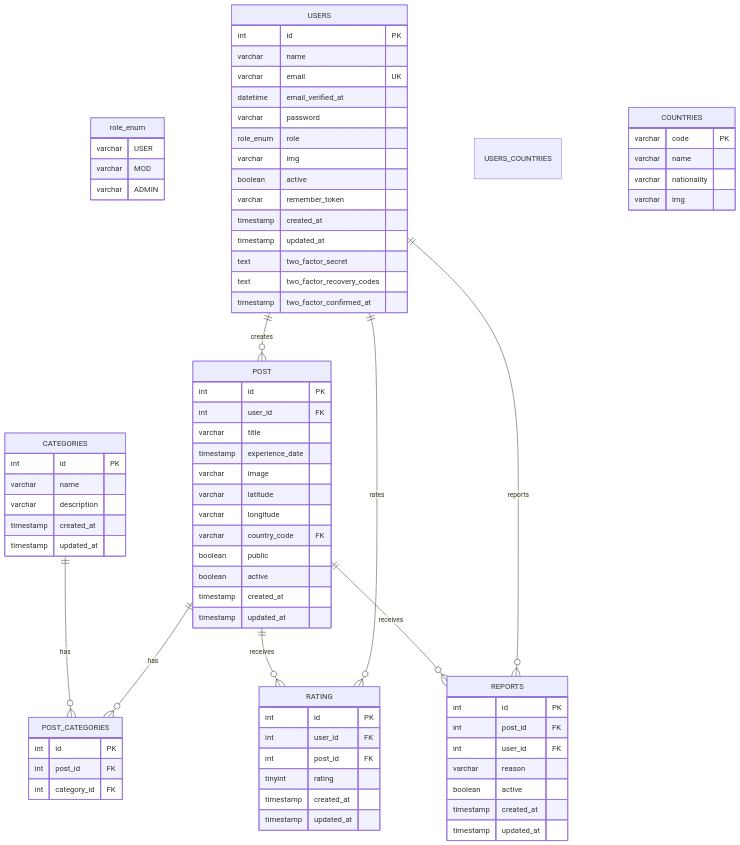
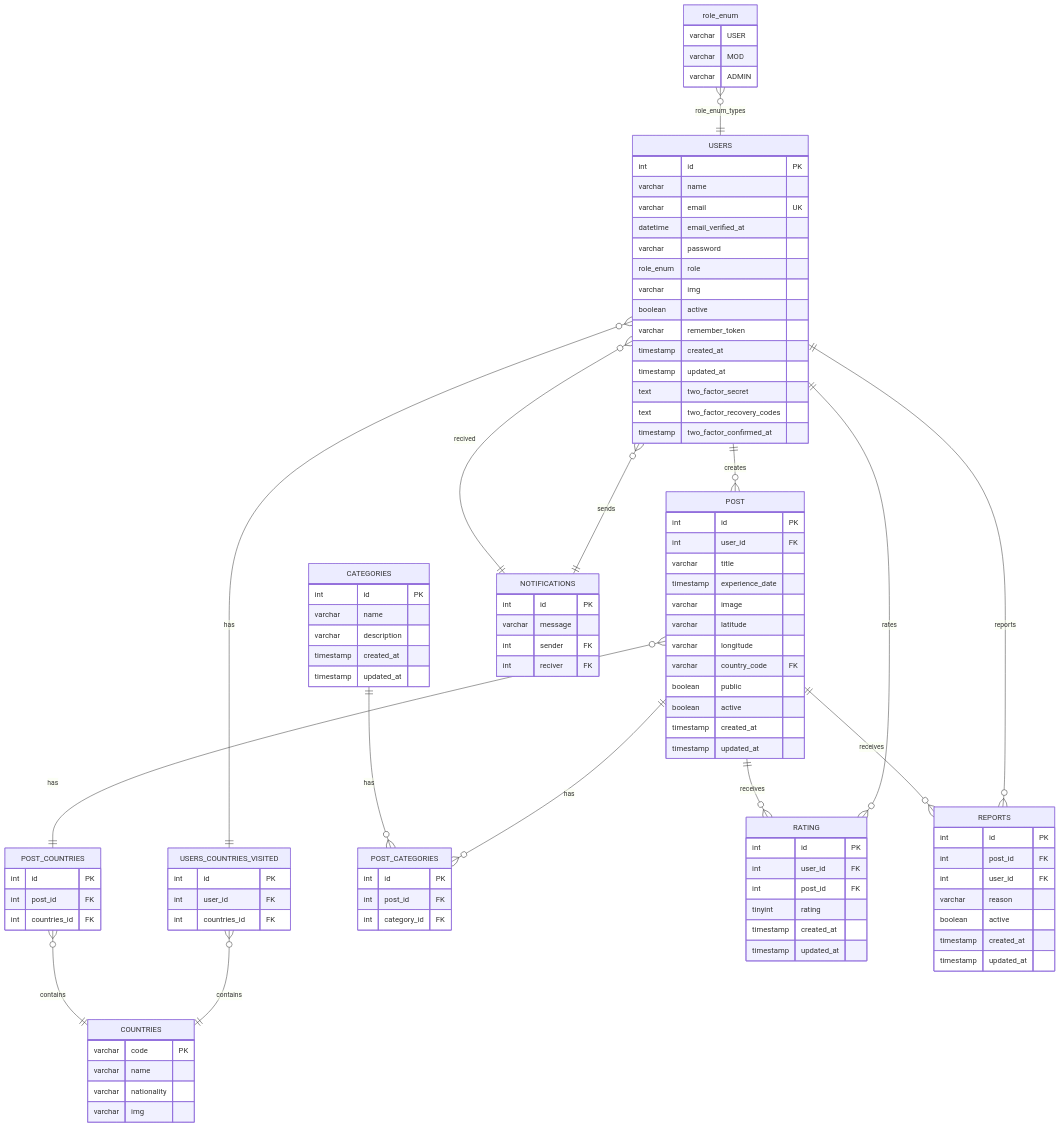
The first of 2 diagrams in obsidian/viatges/Pathfinder BD.md (ErJaLo/PathFinder), drawn with Mermaid before and after one commit. The commit also changed 1 other file, not shown here.

Commit message:
update bd schema

````diff
--- a/obsidian/viatges/Pathfinder BD.md
+++ b/obsidian/viatges/Pathfinder BD.md
@@ -27,7 +27,10 @@
         text two_factor_recovery_codes
         timestamp two_factor_confirmed_at
     }
-    USERS_COUNTRIES{
+    USERS_COUNTRIES_VISITED{
+	    int id PK
+	    int user_id FK
+	    int countries_id FK
     }
 	COUNTRIES{
 		varchar code PK
@@ -49,7 +52,11 @@
         timestamp created_at
         timestamp updated_at
     }
-
+	POST_COUNTRIES{
+	    int id PK
+	    int post_id FK
+	    int countries_id FK
+    }
     POST_CATEGORIES {
         int id PK
         int post_id FK
@@ -83,7 +90,13 @@
         timestamp created_at
         timestamp updated_at
     }
-
+	
+	NOTIFICATIONS{
+		int id PK
+		varchar message
+		int sender FK
+		int reciver FK
+	}
 
     USERS ||--o{ POST : "creates"
     USERS ||--o{ RATING : "rates"
@@ -94,5 +107,14 @@
     POST ||--o{ REPORTS : "receives"
 
     CATEGORIES ||--o{ POST_CATEGORIES : "has"
+    role_enum }o--|| USERS : "role_enum_types"
+    
+    USERS }o--|| USERS_COUNTRIES_VISITED : "has"
+    POST }o--|| POST_COUNTRIES : "has"
+    
+    USERS_COUNTRIES_VISITED }o--|| COUNTRIES : "contains"
+    POST_COUNTRIES }o--|| COUNTRIES : "contains"
+    USERS }o--|| NOTIFICATIONS : "sends"
+    USERS }o--|| NOTIFICATIONS : "recived"
    
 ```
````
